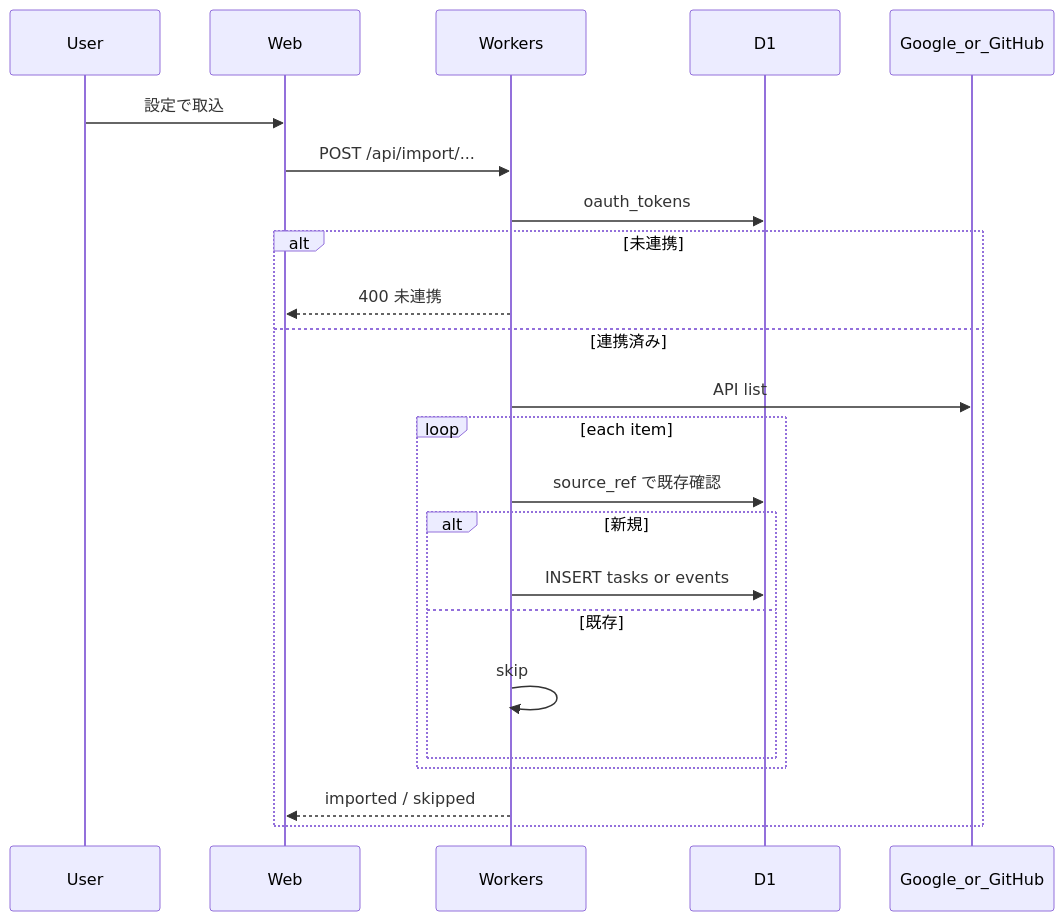
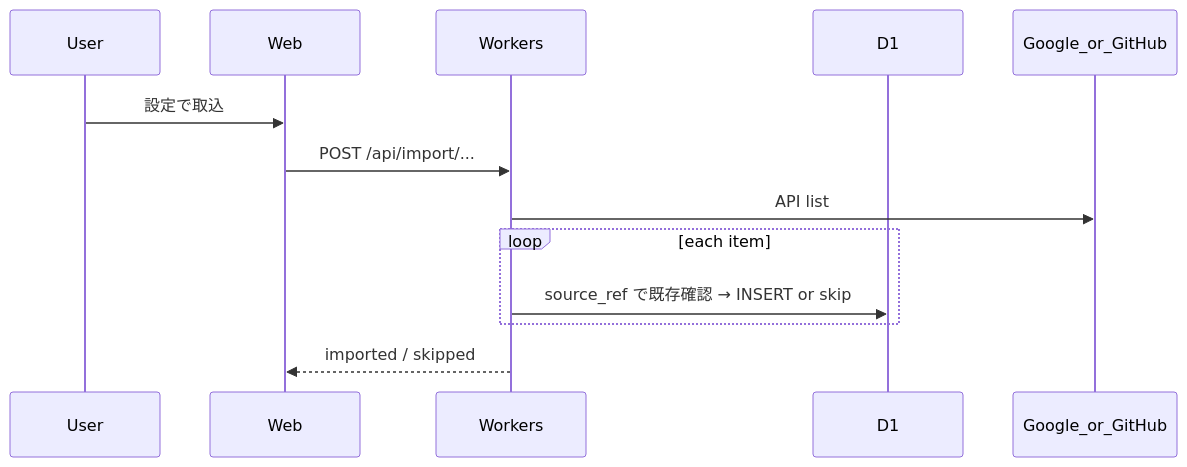
One commit to keitaroooo/aide changed the sixth of 6 diagrams in README.md. Above: the diagram before and after it, drawn with Mermaid. The commit also changed other lines of this file and 31 other files, not shown here.

````diff
--- a/README.md
+++ b/README.md
@@ -357,26 +250,16 @@
 ```mermaid
 sequenceDiagram
   participant U as User
   participant W as Web
   participant A as Workers
   participant D as D1
   participant Ext as Google_or_GitHub
 
   U->>W: 設定で取込
   W->>A: POST /api/import/...
-  A->>D: oauth_tokens
-  alt 未連携
-    A-->>W: 400 未連携
-  else 連携済み
-    A->>Ext: API list
-    loop each item
-      A->>D: source_ref で既存確認
-      alt 新規
-        A->>D: INSERT tasks or events
-      else 既存
-        A->>A: skip
-      end
-    end
-    A-->>W: imported / skipped
+  A->>Ext: API list
+  loop each item
+    A->>D: source_ref で既存確認 → INSERT or skip
   end
+  A-->>W: imported / skipped
 ```
````
